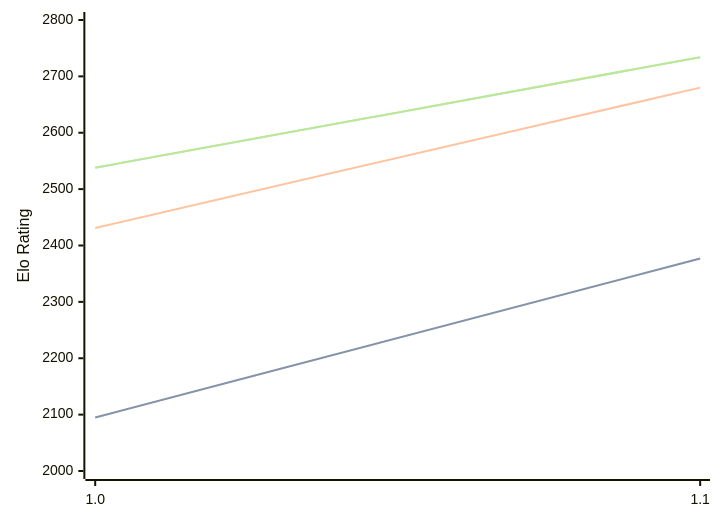
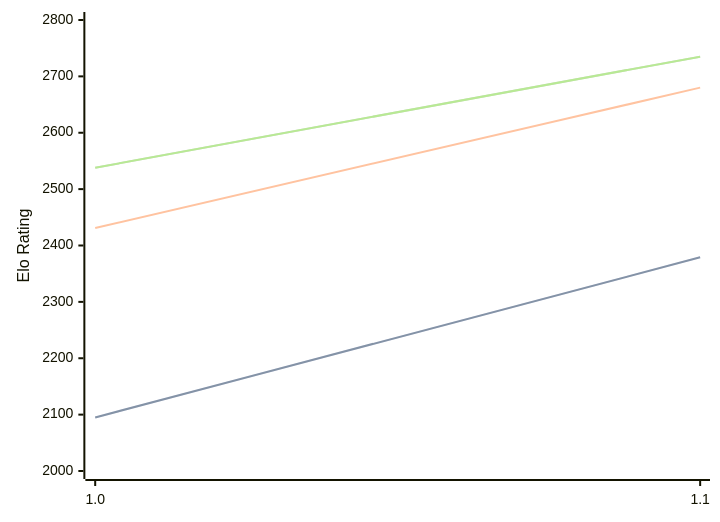
Before and after one commit to computer-chess-index/cci: the diagram in engines/Erinn.md, drawn with Mermaid. The commit also changed other lines of this file, not shown here.

Commit message:
Update CCI Ratings (ELO VLTC) - 2026-10-08

````diff
--- a/engines/Erinn.md
+++ b/engines/Erinn.md
@@ -33,11 +33,11 @@
 ```mermaid
 %%{init: {"theme":"base","themeVariables":{"seriesColors:['#a3a3a3','#222221','#faa371']}}}%%
 xychart-beta
   x-axis ["1.0", "1.1"]
   y-axis "Elo Rating" 2000 --> 2800
-  line "" [2095, 2377]
-  line "STC (8.0+0.08s)" [2095, 2377]
+  line "" [2095, 2379]
+  line "STC (8.0+0.08s)" [2095, 2379]
   line "LTC (60.0+0.60s)" [2431, 2680]
-  line "" [2538, 2734]
-  line "VLTC (2m24s+1.12s)" [2538, 2734]
+  line "" [2538, 2735]
+  line "VLTC (2m24s+1.12s)" [2538, 2735]
 ```
````
